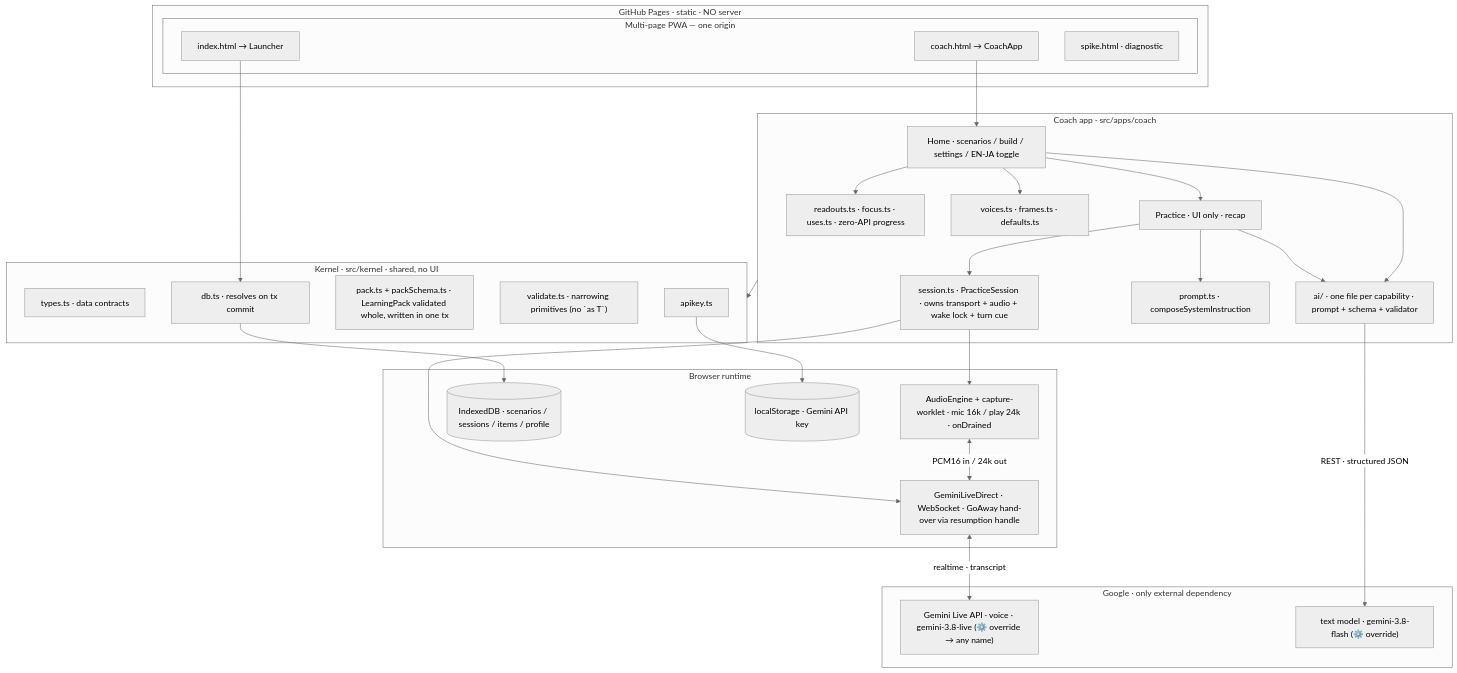
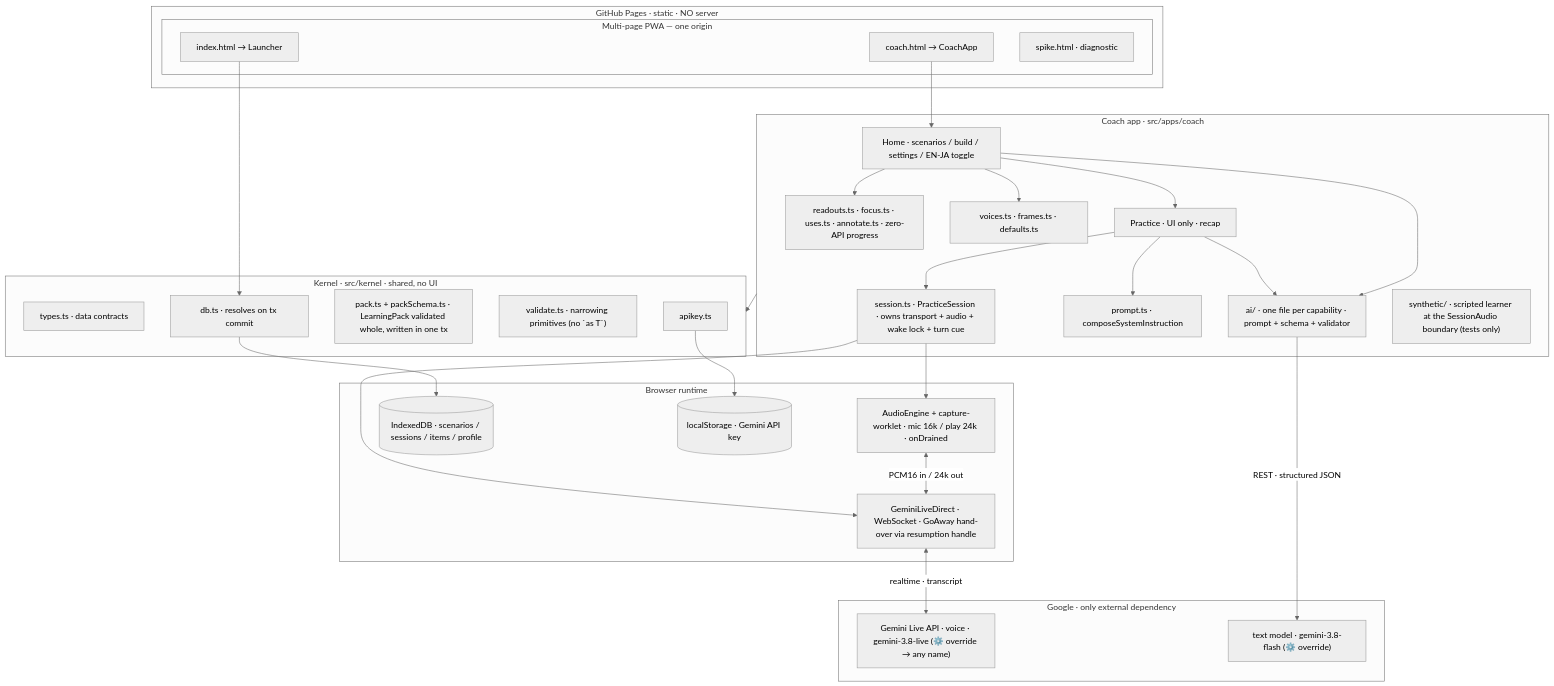
Before and after one commit to ZeroAlcoholic/eng-coach: the first of 3 diagrams in ARCHITECTURE.md, drawn with Mermaid (neutral theme). The commit also changed other lines of this file and 4 other files, not shown here.

Commit message:
docs: Phase D/E/F blueprint and GOALs; ARCHITECTURE, README and ROADMAP describe annotations, the three readouts and the synthetic learner

````diff
--- a/ARCHITECTURE.md
+++ b/ARCHITECTURE.md
@@ -9,52 +9,53 @@
 ```mermaid
 flowchart TB
   subgraph Host["GitHub Pages · static · NO server"]
     subgraph Pages["Multi-page PWA — one origin"]
       L["index.html → Launcher"]
       C["coach.html → CoachApp"]
       Sp["spike.html · diagnostic"]
     end
   end
 
   subgraph Coach["Coach app · src/apps/coach"]
     Home["Home · scenarios / build / settings / EN-JA toggle"]
     Practice["Practice · UI only · recap"]
     Session["session.ts · PracticeSession · owns transport + audio + wake lock + turn cue"]
     Prompt["prompt.ts · composeSystemInstruction"]
     AI["ai/ · one file per capability · prompt + schema + validator"]
-    Readouts["readouts.ts · focus.ts · uses.ts · zero-API progress"]
+    Readouts["readouts.ts · focus.ts · uses.ts · annotate.ts · zero-API progress"]
+    Synth["synthetic/ · scripted learner at the SessionAudio boundary (tests only)"]
     Content["voices.ts · frames.ts · defaults.ts"]
   end
 
   subgraph Kernel["Kernel · src/kernel · shared, no UI"]
     Types["types.ts · data contracts"]
     DB["db.ts · resolves on tx commit"]
     Pack["pack.ts + packSchema.ts · LearningPack validated whole, written in one tx"]
     Validate["validate.ts · narrowing primitives (no `as T`)"]
     Key["apikey.ts"]
   end
 
   subgraph Runtime["Browser runtime"]
     Audio["AudioEngine + capture-worklet · mic 16k / play 24k · onDrained"]
     Direct["GeminiLiveDirect · WebSocket · GoAway hand-over via resumption handle"]
     IDB[("IndexedDB · scenarios / sessions / items / profile")]
     LS[("localStorage · Gemini API key")]
   end
 
   subgraph Ext["Google · only external dependency"]
     Live["Gemini Live API · voice · gemini-3.8-live (⚙️ override → any name)"]
     Flash["text model · gemini-3.8-flash (⚙️ override)"]
   end
 
   C --> Home --> Practice
   Practice --> Prompt & AI & Session
   Session --> Audio & Direct
   Home --> AI & Content & Readouts
   Coach --> Kernel
   DB --> IDB
   Key --> LS
   Audio <-->|"PCM16 in / 24k out"| Direct
   Direct <-->|"realtime · transcript"| Live
   AI -->|"REST · structured JSON"| Flash
   L --> DB
 ```
````
